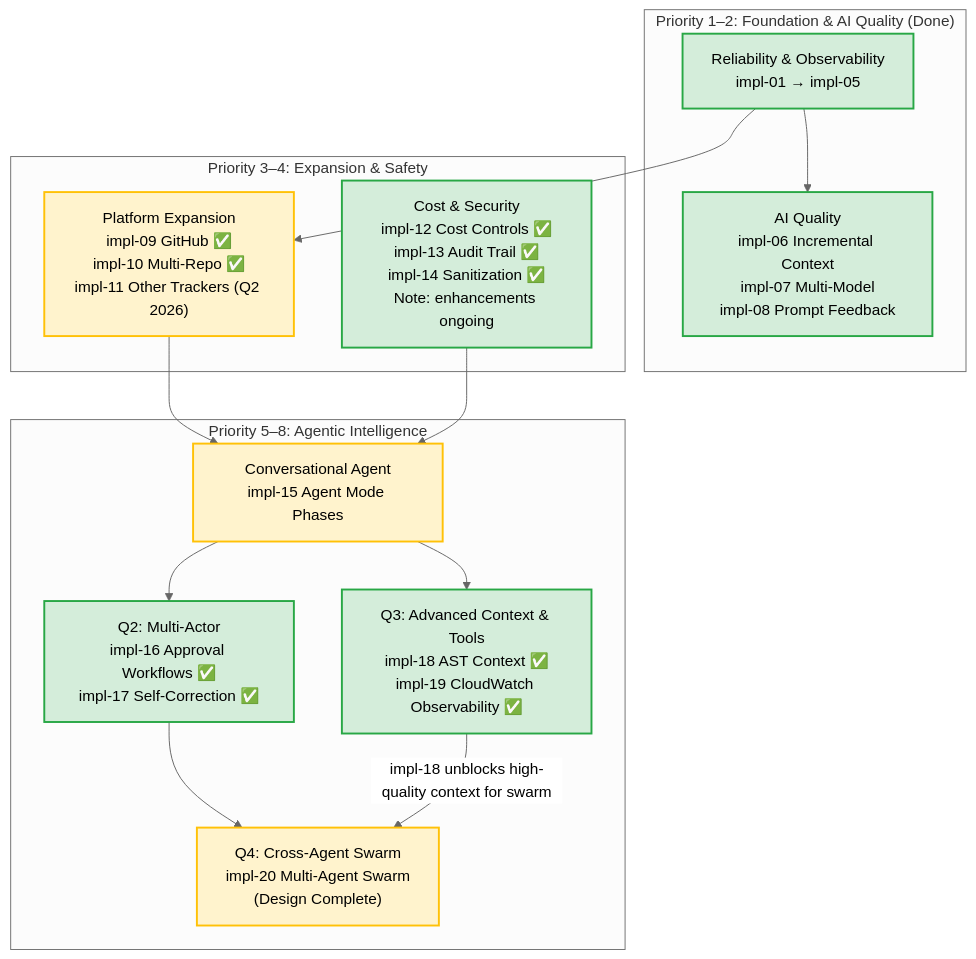
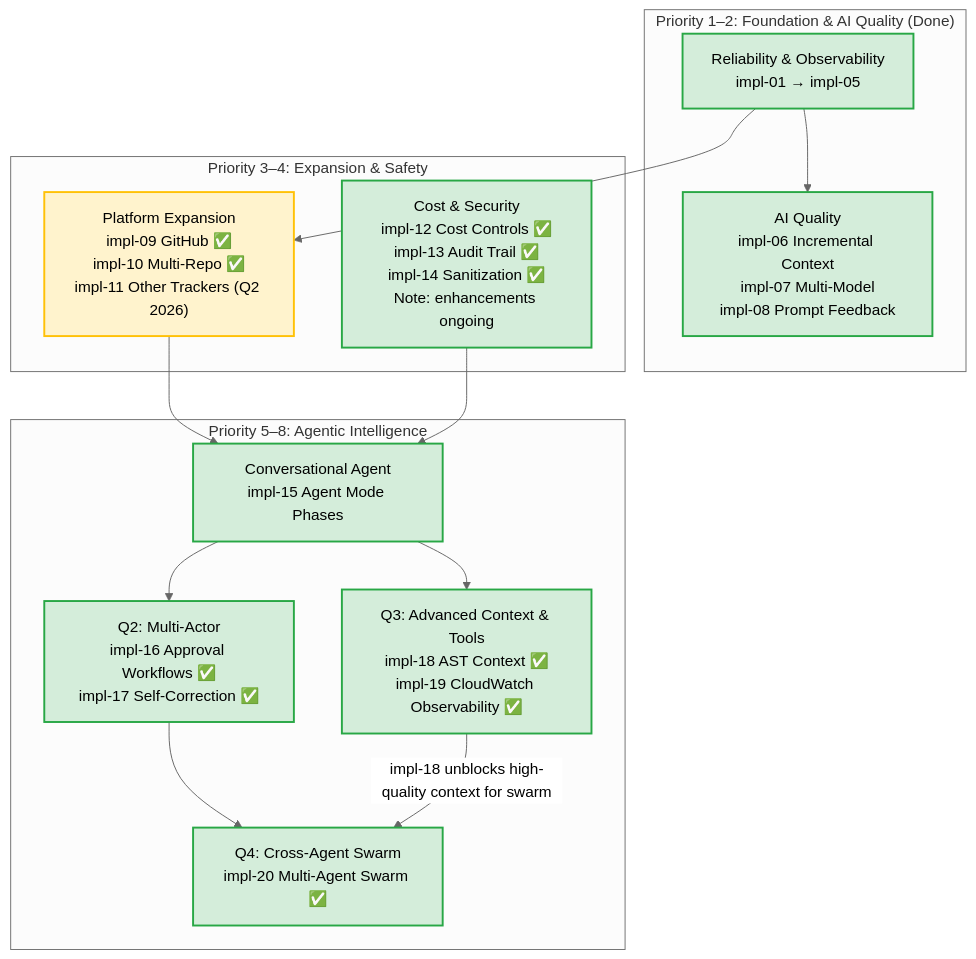
The second of 2 diagrams in docs/STRATEGY.md (TeaSui/ai-driven), drawn with Mermaid (neutral theme) before and after one commit. The commit also changed other lines of this file and 234 other files, not shown here.

First line of the commit message:
Multi Agent Swarm

````diff
--- a/docs/STRATEGY.md
+++ b/docs/STRATEGY.md
@@ -89,32 +96,32 @@
 ```mermaid
 graph TD
     subgraph "Priority 1–2: Foundation & AI Quality (Done)"
-        P1[Reliability & Observability<br>impl-01 → impl-05]:::done
-        P2[AI Quality<br>impl-06 Incremental Context<br>impl-07 Multi-Model<br>impl-08 Prompt Feedback]:::done
+        P1["Reliability & Observability<br>impl-01 → impl-05"]:::done
+        P2["AI Quality<br>impl-06 Incremental Context<br>impl-07 Multi-Model<br>impl-08 Prompt Feedback"]:::done
     end
 
     subgraph "Priority 3–4: Expansion & Safety"
         P3["Platform Expansion<br>impl-09 GitHub ✅<br>impl-10 Multi-Repo ✅<br>impl-11 Other Trackers (Q2 2026)"]:::partial
         P4["Cost & Security<br>impl-12 Cost Controls ✅<br>impl-13 Audit Trail ✅<br>impl-14 Sanitization ✅<br>Note: enhancements ongoing"]:::done
     end
 
     subgraph "Priority 5–8: Agentic Intelligence"
-        P5[Conversational Agent<br>impl-15 Agent Mode Phases]:::partial
+        P5["Conversational Agent<br>impl-15 Agent Mode Phases"]:::done
         P6["Q2: Multi-Actor<br>impl-16 Approval Workflows ✅<br>impl-17 Self-Correction ✅"]:::done
         P7["Q3: Advanced Context & Tools<br>impl-18 AST Context ✅<br>impl-19 CloudWatch Observability ✅"]:::done
-        P8["Q4: Cross-Agent Swarm<br>impl-20 Multi-Agent Swarm<br>(Design Complete)"]:::partial
+        P8["Q4: Cross-Agent Swarm<br>impl-20 Multi-Agent Swarm ✅"]:::done
     end
 
     P1 --> P2
     P1 --> P3
     P3 --> P5
     P4 --> P5
     P5 --> P6
     P5 --> P7
     P6 --> P8
     P7 -->|"impl-18 unblocks high-quality context for swarm"| P8
 
     classDef done fill:#d4edda,stroke:#28a745,stroke-width:2px,color:#000
     classDef partial fill:#fff3cd,stroke:#ffc107,stroke-width:2px,color:#000
     classDef upcoming fill:#f8d7da,stroke:#dc3545,stroke-width:2px,color:#000
 ```
````
